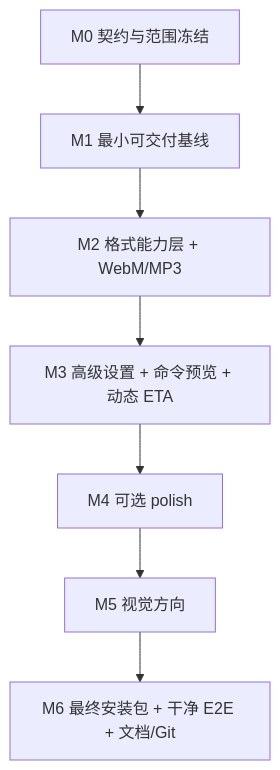
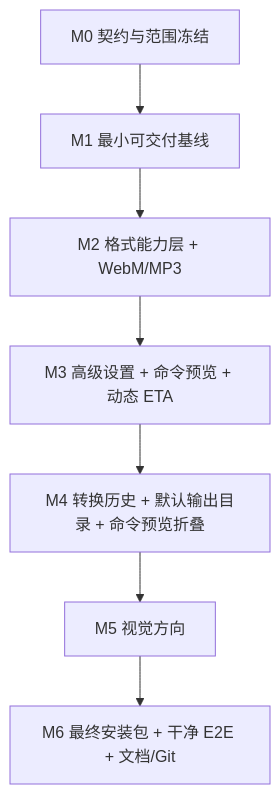
Before and after one commit to huoxin-t/FrameForge: the diagram in docs/DELIVERY_PLAN.md, drawn with Mermaid. The commit also changed other lines of this file and 29 other files, not shown here.

````diff
--- a/docs/DELIVERY_PLAN.md
+++ b/docs/DELIVERY_PLAN.md
@@ -96,9 +96,9 @@
 ```mermaid
 flowchart TD
   M0[M0 契约与范围冻结] --> M1[M1 最小可交付基线]
   M1 --> M2[M2 格式能力层 + WebM/MP3]
   M2 --> M3[M3 高级设置 + 命令预览 + 动态 ETA]
-  M3 --> M4[M4 可选 polish]
+  M3 --> M4[M4 转换历史 + 默认输出目录 + 命令预览折叠]
   M4 --> M5[M5 视觉方向]
   M5 --> M6[M6 最终安装包 + 干净 E2E + 文档/Git]
 ```
````
